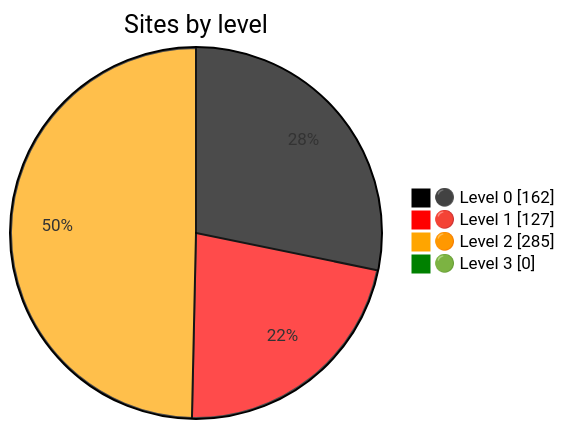
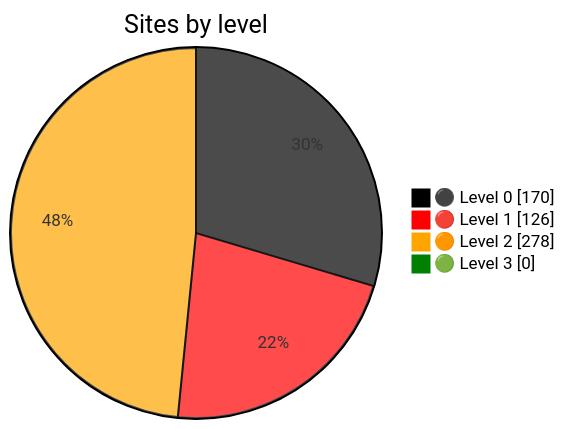
One commit to nuuuwan/gov_lk_web_auditor changed the diagram in README.md. Above: the diagram before and after it, drawn with Mermaid. The commit also changed other lines of this file and 2597 other files, not shown here.

````diff
--- a/README.md
+++ b/README.md
@@ -24,9 +24,9 @@
 ```mermaid
 %%{init: {"themeVariables":{"pie1":"black","pie2":"red","pie3":"orange","pie4":"green"}}}%%
 pie showData
     title Sites by level
-    "⚫ Level 0" : 162
-    "🔴 Level 1" : 127
-    "🟠 Level 2" : 285
+    "⚫ Level 0" : 170
+    "🔴 Level 1" : 126
+    "🟠 Level 2" : 278
     "🟢 Level 3" : 0
 ```
````
